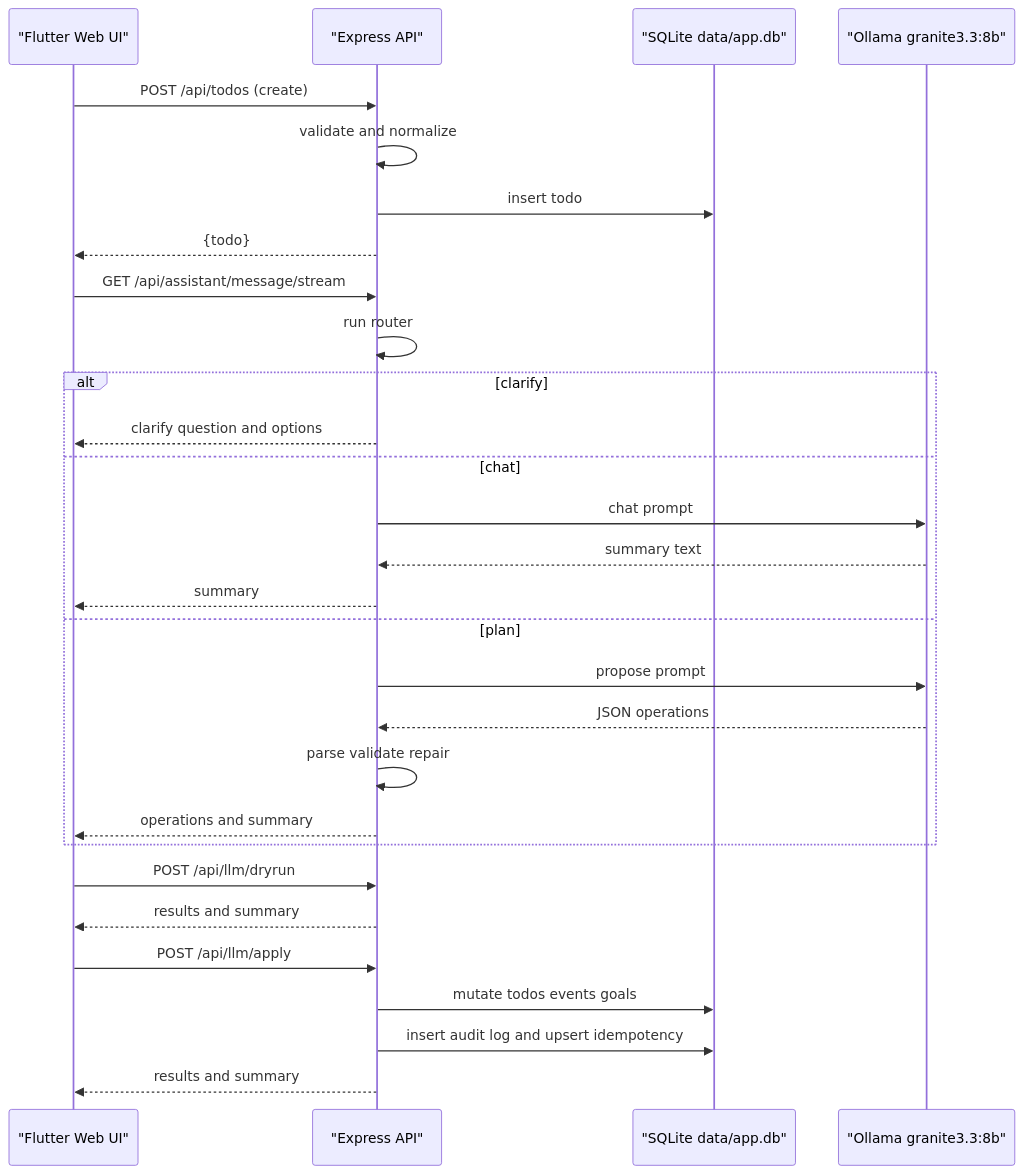
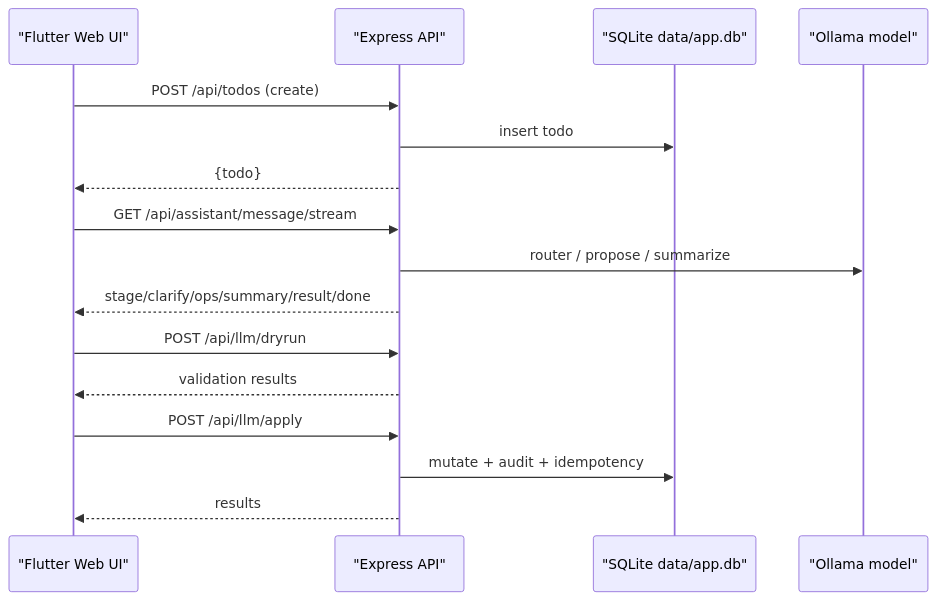
The second of 2 diagrams in docs/mindmap/README.md (dantheman454/habit_app), drawn with Mermaid before and after one commit. The commit also changed other lines of this file and 30 other files, not shown here.

First line of the commit message:
Refactor backend algorithms and client architecture documentation for clarity and completeness

````diff
--- a/docs/mindmap/README.md
+++ b/docs/mindmap/README.md
@@ -32,33 +32,21 @@
 ```mermaid
 sequenceDiagram
   participant UI as "Flutter Web UI"
   participant API as "Express API"
   participant DB as "SQLite data/app.db"
-  participant LLM as "Ollama granite3.3:8b"
+  participant LLM as "Ollama model"
 
   UI->>API: POST /api/todos (create)
-  API->>API: validate and normalize
   API->>DB: insert todo
   API-->>UI: {todo}
 
   UI->>API: GET /api/assistant/message/stream
-  API->>API: run router
-  alt clarify
-    API-->>UI: clarify question and options
-  else chat
-    API->>LLM: chat prompt
-    LLM-->>API: summary text
-    API-->>UI: summary
-  else plan
-    API->>LLM: propose prompt
-    LLM-->>API: JSON operations
-    API->>API: parse validate repair
-    API-->>UI: operations and summary
-  end
+  API->>LLM: router / propose / summarize
+  API-->>UI: stage/clarify/ops/summary/result/done
+
   UI->>API: POST /api/llm/dryrun
-  API-->>UI: results and summary
+  API-->>UI: validation results
   UI->>API: POST /api/llm/apply
-  API->>DB: mutate todos events goals
-  API->>DB: insert audit log and upsert idempotency
-  API-->>UI: results and summary
+  API->>DB: mutate + audit + idempotency
+  API-->>UI: results
 ```
````
